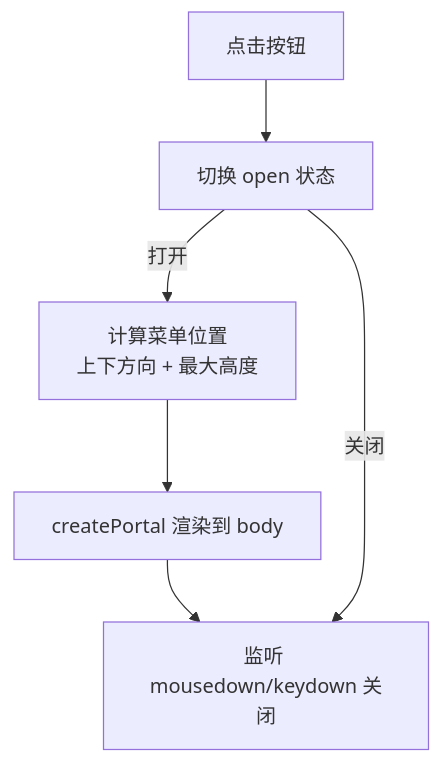
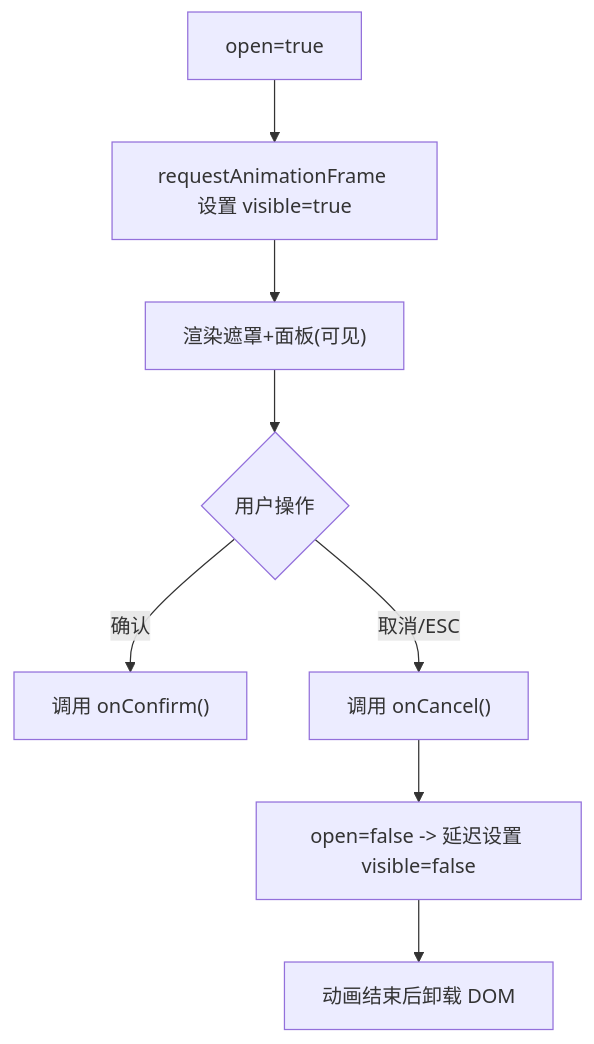
One commit to billye220670/AIShop changed the sixth of 7 diagrams in .qoder/repowiki/zh/content/核心组件/核心组件.md. Above: the diagram before and after it, drawn with Mermaid. The commit also changed other lines of this file and 135 other files, not shown here.

````diff
--- a/.qoder/repowiki/zh/content/核心组件/核心组件.md
+++ b/.qoder/repowiki/zh/content/核心组件/核心组件.md
@@ -262,8 +263,10 @@
 ```mermaid
 flowchart TD
-Click["点击按钮"] --> Toggle["切换 open 状态"]
-Toggle --> |打开| Calc["计算菜单位置<br/>上下方向 + 最大高度"]
-Calc --> Portal["createPortal 渲染到 body"]
-Portal --> Listen["监听 mousedown/keydown 关闭"]
-Toggle --> |关闭| Listen
+Open["open=true"] --> RAF["requestAnimationFrame 设置 visible=true"]
+RAF --> Show["渲染遮罩+面板(可见)"]
+Show --> UserAction{"用户操作"}
+UserAction -- 确认 --> OnConfirm["调用 onConfirm()"]
+UserAction -- 取消/ESC --> OnCancel["调用 onCancel()"]
+OnCancel --> Close["open=false -> 延迟设置 visible=false"]
+Close --> Unmount["动画结束后卸载 DOM"]
 ```
````
